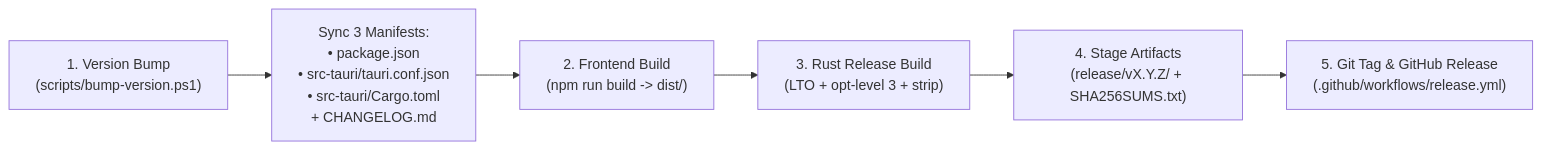
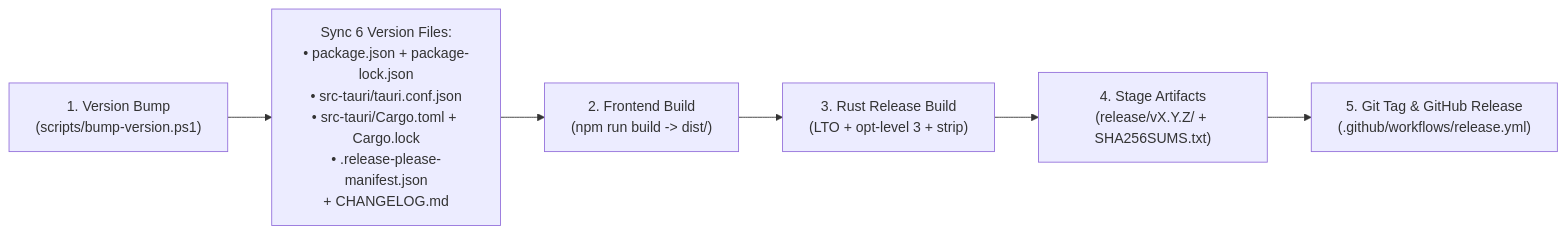
Before and after one commit to srepollock/power-gauge: the diagram in docs/RELEASE_PROCESS.md, drawn with Mermaid. The commit also changed other lines of this file and 2 other files, not shown here.

First line of the commit message:
fix(release): bump lockfiles in bump-version.ps1 and check them in CI (#49)

````diff
--- a/docs/RELEASE_PROCESS.md
+++ b/docs/RELEASE_PROCESS.md
@@ -9,8 +9,8 @@
 ```mermaid
 flowchart LR
-    Bump["1. Version Bump\n(scripts/bump-version.ps1)"] --> Manifests["Sync 3 Manifests:\n• package.json\n• src-tauri/tauri.conf.json\n• src-tauri/Cargo.toml\n+ CHANGELOG.md"]
+    Bump["1. Version Bump\n(scripts/bump-version.ps1)"] --> Manifests["Sync 6 Version Files:\n• package.json + package-lock.json\n• src-tauri/tauri.conf.json\n• src-tauri/Cargo.toml + Cargo.lock\n• .release-please-manifest.json\n+ CHANGELOG.md"]
     Manifests --> BuildFE["2. Frontend Build\n(npm run build -> dist/)"]
     BuildFE --> BuildRust["3. Rust Release Build\n(LTO + opt-level 3 + strip)"]
     BuildRust --> Stage["4. Stage Artifacts\n(release/vX.Y.Z/ + SHA256SUMS.txt)"]
     Stage --> Publish["5. Git Tag & GitHub Release\n(.github/workflows/release.yml)"]
 ```
````
